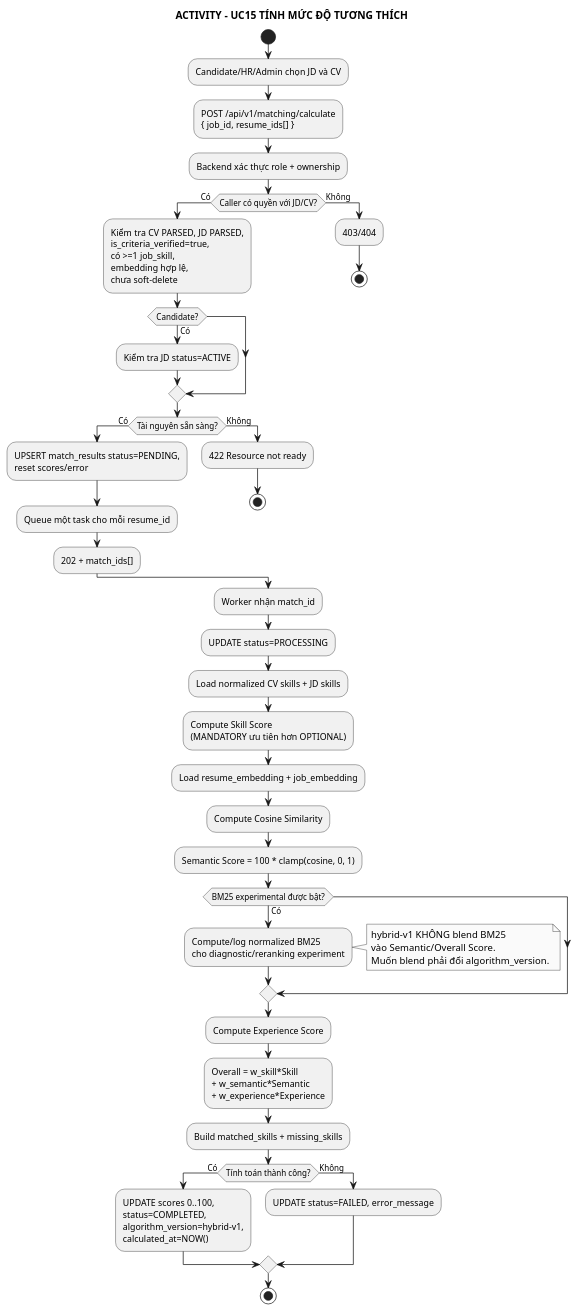
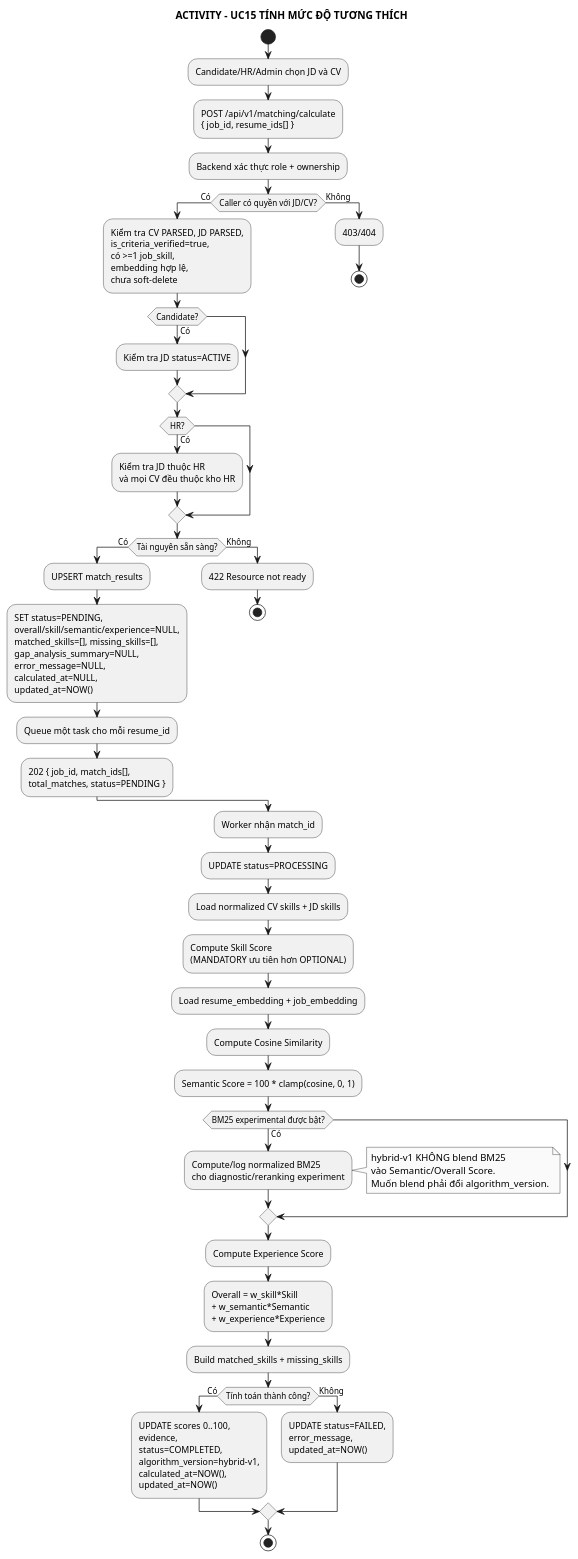
Before and after one commit to anh632k-ui/WebCVUngVienTuyenDung: the diagram in docs/03_activity/act_uc15_matching.puml, drawn with PlantUML.

Commit message:
fix(pttk): reset complete match payload and canonicalize calculate response

```diff
--- a/docs/03_activity/act_uc15_matching.puml
+++ b/docs/03_activity/act_uc15_matching.puml
@@ -1,66 +1,81 @@
 @startuml
 skinparam monochrome true
 skinparam shadowing false
 
 title ACTIVITY - UC15 TÍNH MỨC ĐỘ TƯƠNG THÍCH
 
 start
 :Candidate/HR/Admin chọn JD và CV;
 :POST /api/v1/matching/calculate
 { job_id, resume_ids[] };
 :Backend xác thực role + ownership;
 if (Caller có quyền với JD/CV?) then (Có)
   :Kiểm tra CV PARSED, JD PARSED,
   is_criteria_verified=true,
   có >=1 job_skill,
   embedding hợp lệ,
   chưa soft-delete;
   if (Candidate?) then (Có)
     :Kiểm tra JD status=ACTIVE;
   endif
+  if (HR?) then (Có)
+    :Kiểm tra JD thuộc HR
+    và mọi CV đều thuộc kho HR;
+  endif
   if (Tài nguyên sẵn sàng?) then (Có)
-    :UPSERT match_results status=PENDING,
-    reset scores/error;
+    :UPSERT match_results;
+    :SET status=PENDING,
+    overall/skill/semantic/experience=NULL,
+    matched_skills=[], missing_skills=[],
+    gap_analysis_summary=NULL,
+    error_message=NULL,
+    calculated_at=NULL,
+    updated_at=NOW();
     :Queue một task cho mỗi resume_id;
-    :202 + match_ids[];
+    :202 { job_id, match_ids[],
+    total_matches, status=PENDING };
   else (Không)
     :422 Resource not ready;
     stop
   endif
 else (Không)
   :403/404;
   stop
 endif
 
 :Worker nhận match_id;
 :UPDATE status=PROCESSING;
 :Load normalized CV skills + JD skills;
 :Compute Skill Score
 (MANDATORY ưu tiên hơn OPTIONAL);
 :Load resume_embedding + job_embedding;
 :Compute Cosine Similarity;
 :Semantic Score = 100 * clamp(cosine, 0, 1);
 if (BM25 experimental được bật?) then (Có)
   :Compute/log normalized BM25
 cho diagnostic/reranking experiment;
   note right
     hybrid-v1 KHÔNG blend BM25
     vào Semantic/Overall Score.
     Muốn blend phải đổi algorithm_version.
   end note
 endif
 :Compute Experience Score;
 :Overall = w_skill*Skill
 + w_semantic*Semantic
 + w_experience*Experience;
 :Build matched_skills + missing_skills;
 if (Tính toán thành công?) then (Có)
   :UPDATE scores 0..100,
+  evidence,
   status=COMPLETED,
   algorithm_version=hybrid-v1,
-  calculated_at=NOW();
+  calculated_at=NOW(),
+  updated_at=NOW();
 else (Không)
-  :UPDATE status=FAILED, error_message;
+  :UPDATE status=FAILED,
+  error_message,
+  updated_at=NOW();
 endif
 stop
 @enduml
```
